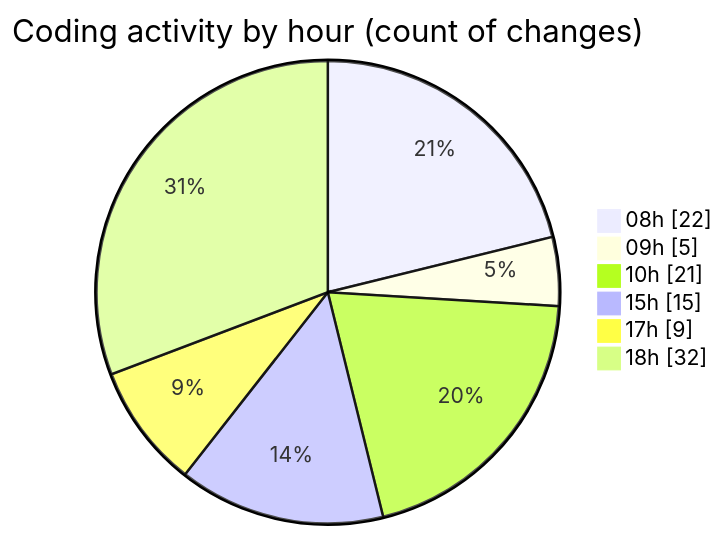
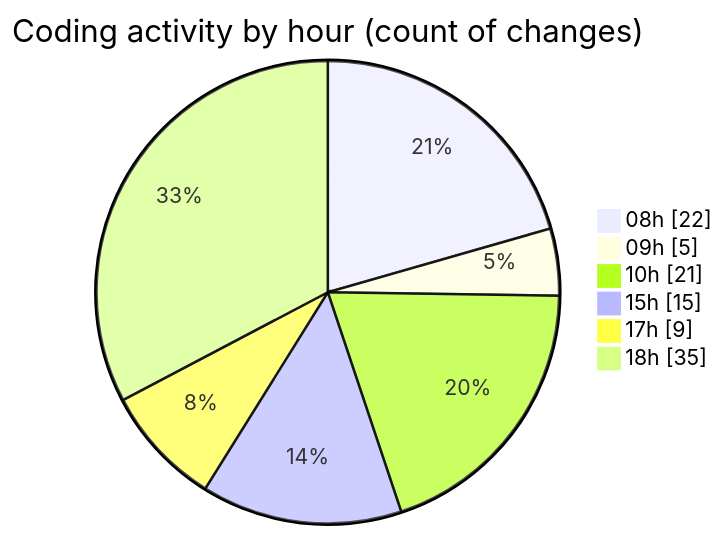
The second of 2 diagrams in 2025-02-17/mbc-web/README.md (robertbonfada/code-tracking), drawn with Mermaid before and after one commit. The commit also changed other lines of this file and 1 other file, not shown here.

````diff
--- a/2025-02-17/mbc-web/README.md
+++ b/2025-02-17/mbc-web/README.md
@@ -47,10 +48,10 @@
 ```mermaid
 pie showData
 title Coding activity by hour (count of changes)
 "08h" : 22
 "09h" : 5
 "10h" : 21
 "15h" : 15
 "17h" : 9
-"18h" : 32
+"18h" : 35
 ```
````
